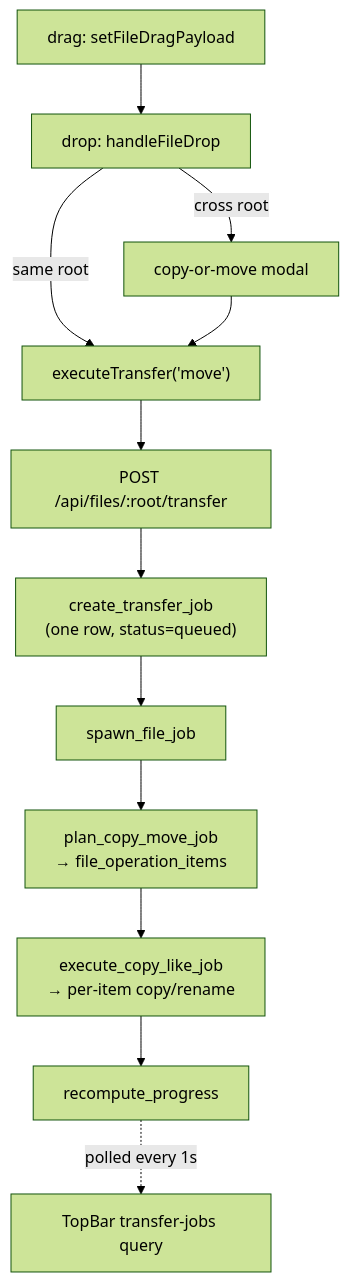
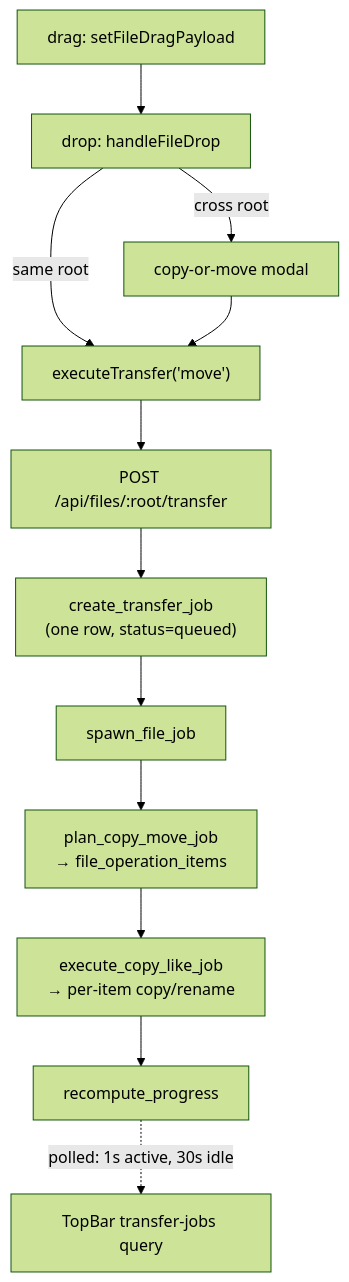
Before and after one commit to kellertobias/nasdrive: the diagram in .tour/tours/file-transfers.md, drawn with Mermaid (forest theme). The commit also changed 27 other files, not shown here.

````diff
--- a/.tour/tours/file-transfers.md
+++ b/.tour/tours/file-transfers.md
@@ -15,14 +15,14 @@
 ```mermaid
 flowchart TD
   A["drag: setFileDragPayload"] --> B["drop: handleFileDrop"]
   B -->|"same root"| C["executeTransfer('move')"]
   B -->|"cross root"| M["copy-or-move modal"]
   M --> C
   C --> D["POST /api/files/:root/transfer"]
   D --> E["create_transfer_job<br/>(one row, status=queued)"]
   E --> F["spawn_file_job"]
   F --> G["plan_copy_move_job<br/>→ file_operation_items"]
   G --> H["execute_copy_like_job<br/>→ per-item copy/rename"]
   H --> I["recompute_progress"]
-  I -.->|"polled every 1s"| J["TopBar transfer-jobs query"]
+  I -.->|"polled: 1s active, 30s idle"| J["TopBar transfer-jobs query"]
 ```
````
